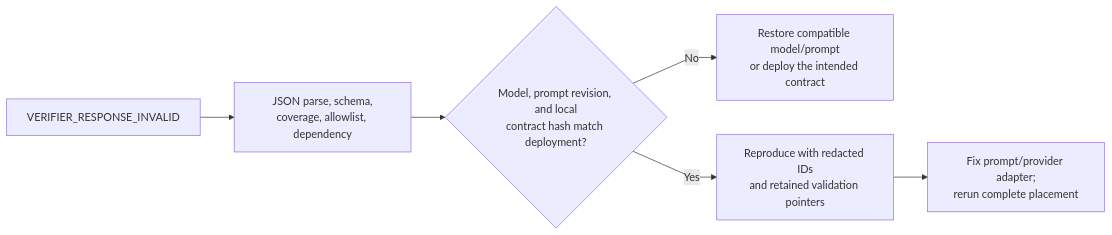
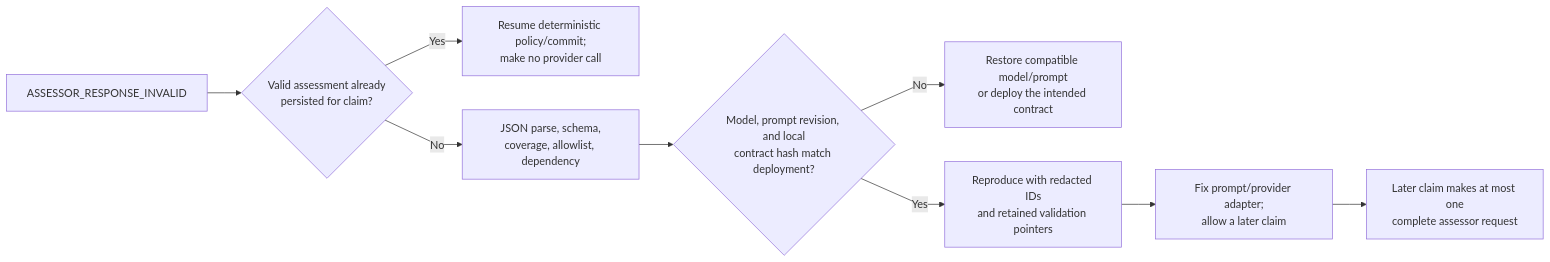
Before and after one commit to markhuangai/dense-mem: the fifth of 10 diagrams in Operations-Runbook.md, drawn with Mermaid. The commit also changed other lines of this file and 24 other files, not shown here.

Commit message:
Document V2.4 one-call placement architecture

````diff
--- a/Operations-Runbook.md
+++ b/Operations-Runbook.md
@@ -203,9 +205,12 @@
 ```mermaid
 %%{init: {"flowchart": {"curve": "linear"}}}%%
 flowchart LR
-  Invalid["VERIFIER_RESPONSE_INVALID"] --> Classify["JSON parse, schema,<br/>coverage, allowlist, dependency"]
+  Invalid["ASSESSOR_RESPONSE_INVALID"] --> Persisted{"Valid assessment already<br/>persisted for claim?"}
+  Persisted -- Yes --> Resume["Resume deterministic policy/commit;<br/>make no provider call"]
+  Persisted -- No --> Classify["JSON parse, schema,<br/>coverage, allowlist, dependency"]
   Classify --> Contract{"Model, prompt revision, and local<br/>contract hash match deployment?"}
   Contract -- No --> Rollback["Restore compatible model/prompt<br/>or deploy the intended contract"]
   Contract -- Yes --> Reproduce["Reproduce with redacted IDs<br/>and retained validation pointers"]
-  Reproduce --> Fix["Fix prompt/provider adapter;<br/>rerun complete placement"]
+  Reproduce --> Fix["Fix prompt/provider adapter;<br/>allow a later claim"]
+  Fix --> Later["Later claim makes at most one<br/>complete assessor request"]
 ```
````
